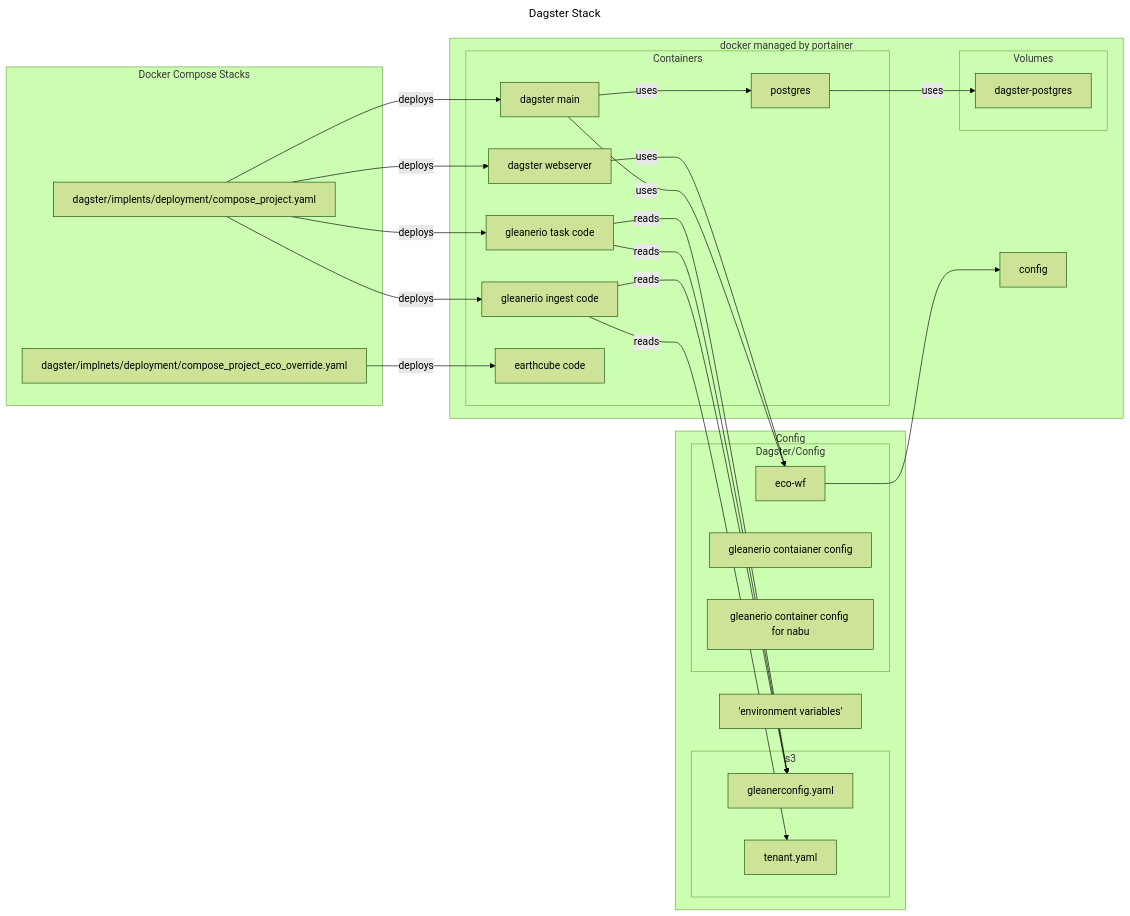
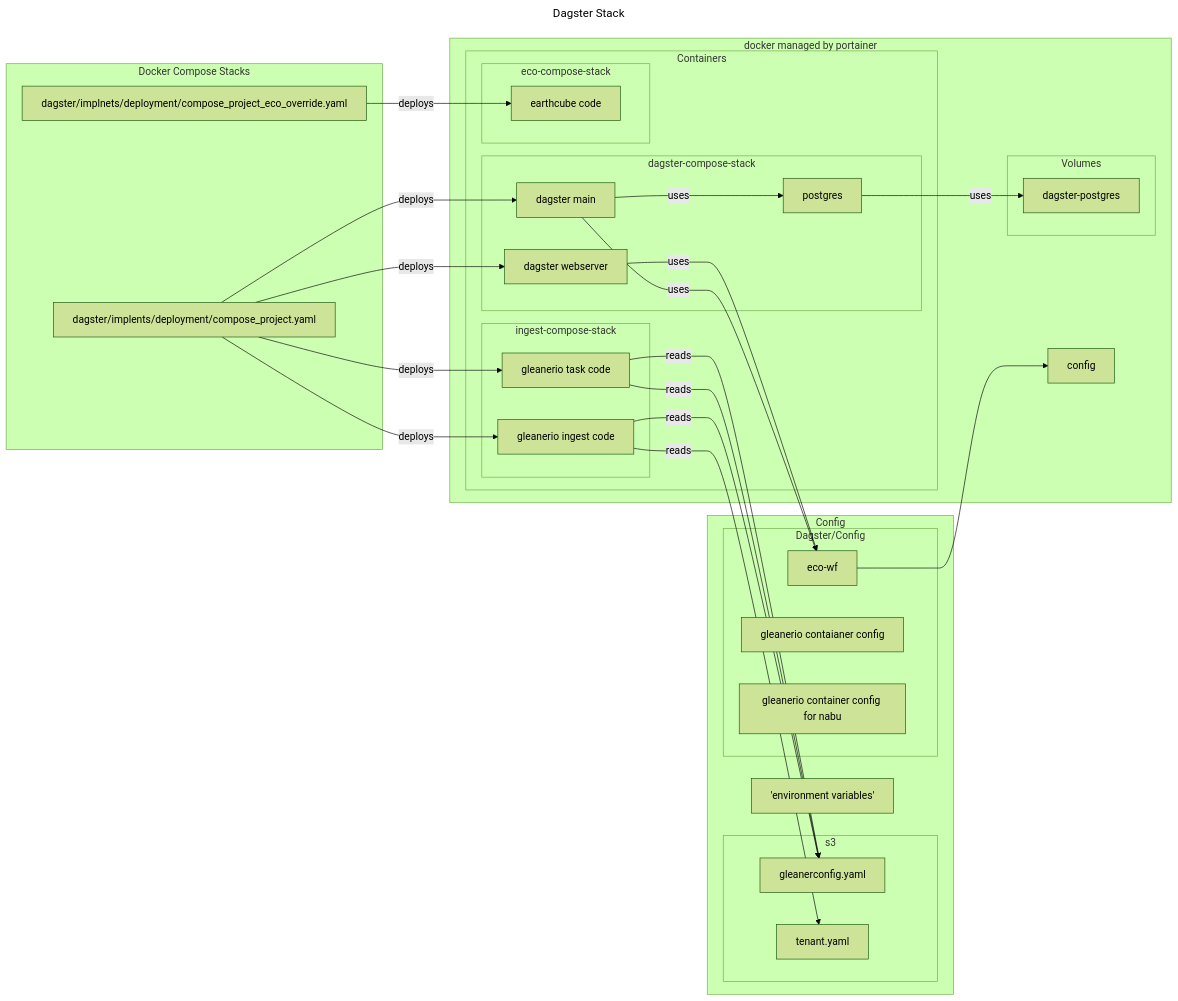
Before and after one commit to earthcube/scheduler: the second of 5 diagrams in docs/README.md, drawn with Mermaid (forest theme). The commit also changed other lines of this file and 73 other files, not shown here.

````diff
--- a/docs/README.md
+++ b/docs/README.md
@@ -39,56 +68,62 @@
 ```mermaid
 ---
 title: Dagster Stack
 ---
 flowchart LR
     subgraph DockerCompose[Docker Compose Stacks]
             maincompose[dagster/implents/deployment/compose_project.yaml]
             project_overrides[dagster/implnets/deployment/compose_project_eco_override.yaml]
     end
     
     subgraph Config
          subgraph s3
             gleanconfig[gleanerconfig.yaml]
             tenant[tenant.yaml]
             
         end
         
         subgraph Dagster/Config
             workflow[ eco-wf ]
             container-config-gleaner[gleanerio contaianer config]
             container-config-nabu[gleanerio container config for nabu]
         end
         env['environment variables']
 
     end
     subgraph docker[docker managed by portainer]
     
         subgraph Containers
+            subgraph dagster-compose-stack
                 dagit
                 dagster
                 postgres
+            end
+            subgraph ingest-compose-stack
                 ingest
                 tasks
+            end
+            subgraph eco-compose-stack
                 ecrr
+            end
         end
         config
         subgraph Volumes
             dagster-postgres
         end
     end
     postgres--uses-->dagster-postgres
     dagster--uses-->workflow
     dagit--uses-->workflow
     workflow-->config
     maincompose--deploys-->dagit[dagster webserver]
     maincompose--deploys-->dagster[dagster main]
     maincompose--deploys-->ingest[gleanerio ingest code]
     maincompose--deploys-->tasks[gleanerio task code]
     project_overrides--deploys-->ecrr[earthcube code]
     ingest--reads-->gleanconfig
     ingest--reads-->tenant
     tasks--reads-->gleanconfig
     tasks--reads-->gleanconfig
     dagster--uses-->postgres
     
 ```
````
